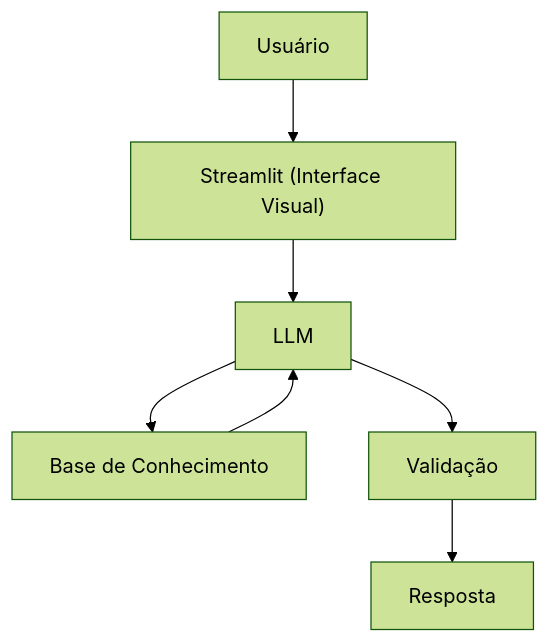
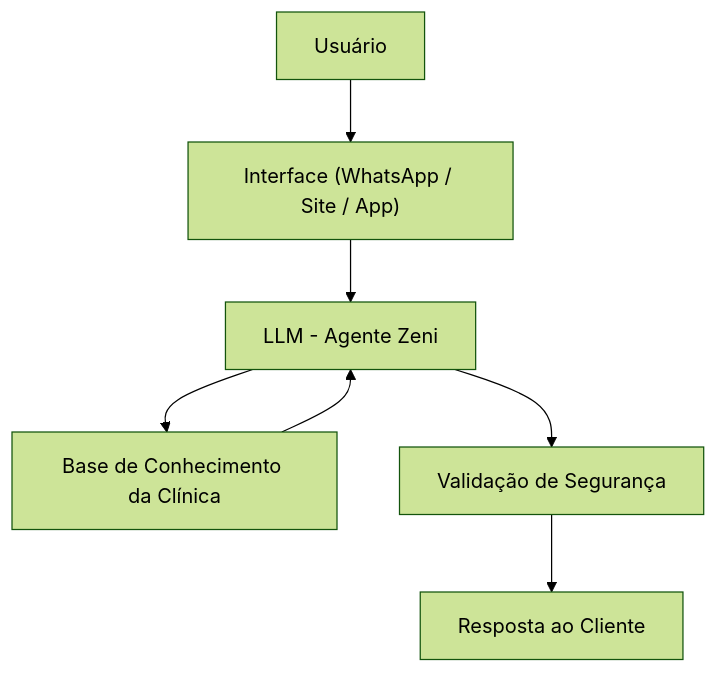
The diagram in docs/01-documentacao-agente.md (thiagomarchesoni/zeniestetica-ai-docs), drawn with Mermaid (forest theme) before and after one commit. The commit also changed other lines of this file, not shown here.

Commit message:
Documentação agenteZeni

````diff
--- a/docs/01-documentacao-agente.md
+++ b/docs/01-documentacao-agente.md
@@ -58,9 +73,9 @@
 ```mermaid
 flowchart TD
-    A[Usuário] --> B["Streamlit (Interface Visual)"]
-    B --> C[LLM]
-    C --> D[Base de Conhecimento]
+    A[Usuário] --> B["Interface (WhatsApp / Site / App)"]
+    B --> C[LLM - Agente Zeni]
+    C --> D[Base de Conhecimento da Clínica]
     D --> C
-    C --> E[Validação]
-    E --> F[Resposta]
+    C --> E[Validação de Segurança]
+    E --> F[Resposta ao Cliente]
 ```
````
